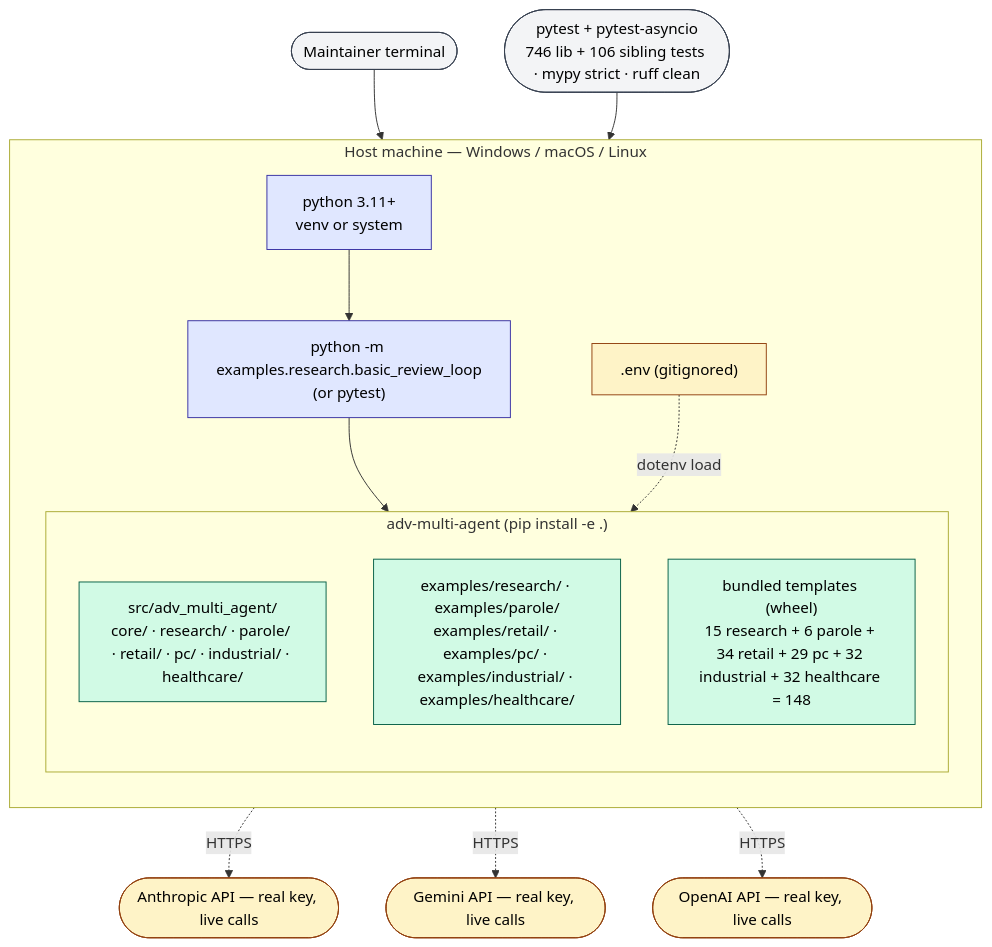
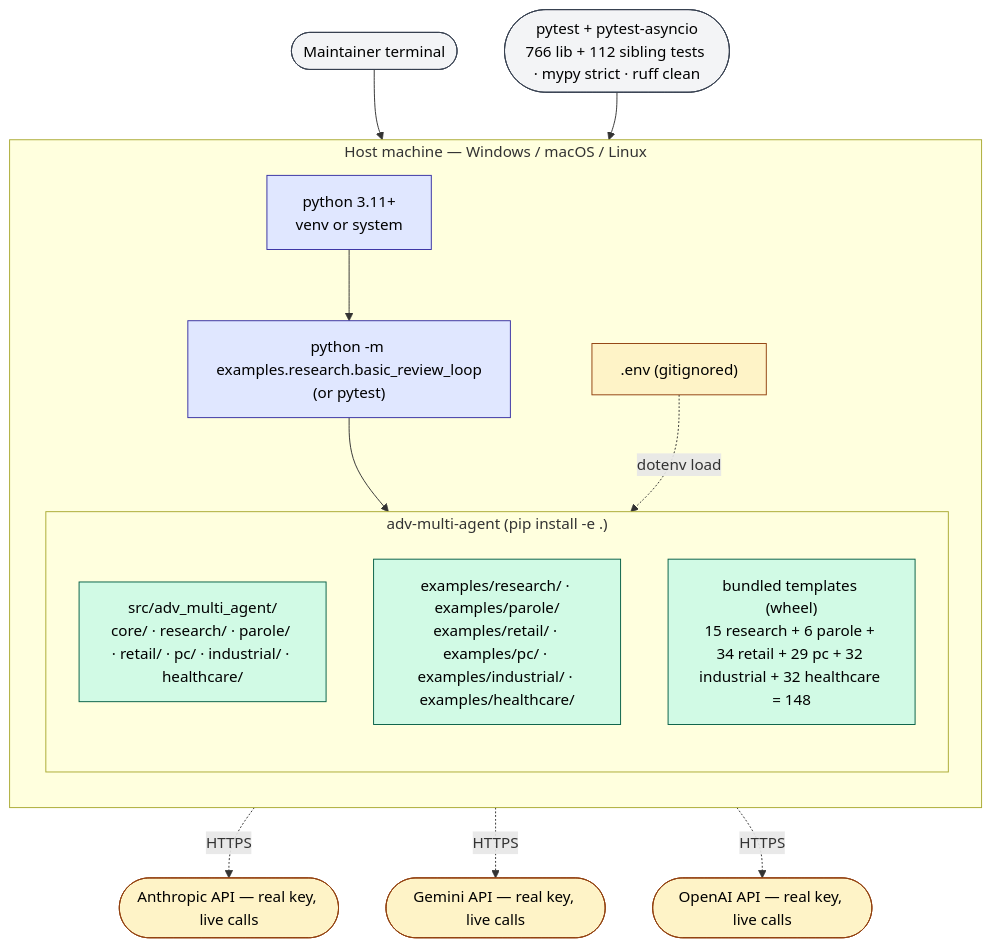
One commit to gmanch94/adversarial-multi-agent-lib changed the second of 2 diagrams in docs/deployment-architecture.md. Above: the diagram before and after it, drawn with Mermaid. The commit also changed other lines of this file and 5 other files, not shown here.

````diff
--- a/docs/deployment-architecture.md
+++ b/docs/deployment-architecture.md
@@ -135,37 +135,37 @@
 ```mermaid
 flowchart TB
     classDef proc fill:#e0e7ff,stroke:#3730a3,color:#000
     classDef lib fill:#d1fae5,stroke:#065f46,color:#000
     classDef ext fill:#fef3c7,stroke:#92400e,color:#000
     classDef user fill:#f3f4f6,stroke:#374151,color:#000
 
     Dev(["Maintainer terminal"]):::user
-    Pyt(["pytest + pytest-asyncio<br/>746 lib + 106 sibling tests · mypy strict · ruff clean"]):::user
+    Pyt(["pytest + pytest-asyncio<br/>766 lib + 112 sibling tests · mypy strict · ruff clean"]):::user
 
     subgraph Host["Host machine — Windows / macOS / Linux"]
         direction TB
         Py["python 3.11+<br/>venv or system"]:::proc
         EnvLocal[".env (gitignored)"]:::ext
         Example["python -m examples.research.basic_review_loop<br/>(or pytest)"]:::proc
 
         subgraph Pkg["adv-multi-agent (pip install -e .)"]
             direction TB
             Src["src/adv_multi_agent/<br/>core/ · research/ · parole/ · retail/ · pc/ · industrial/ · healthcare/"]:::lib
             Examples["examples/research/ · examples/parole/<br/>examples/retail/ · examples/pc/ · examples/industrial/ · examples/healthcare/"]:::lib
             SkillsDir["bundled templates (wheel)<br/>15 research + 6 parole + 34 retail + 29 pc + 32 industrial + 32 healthcare = 148"]:::lib
         end
     end
 
     Anthro(["Anthropic API — real key, live calls"]):::ext
     GeminiDev(["Gemini API — real key, live calls"]):::ext
     OAI(["OpenAI API — real key, live calls"]):::ext
 
     Dev --> Py
     Pyt --> Py
     Py --> Example
     Example --> Src
     EnvLocal -. dotenv load .-> Src
     Src -. HTTPS .-> Anthro
     Src -. HTTPS .-> GeminiDev
     Src -. HTTPS .-> OAI
 ```
````
